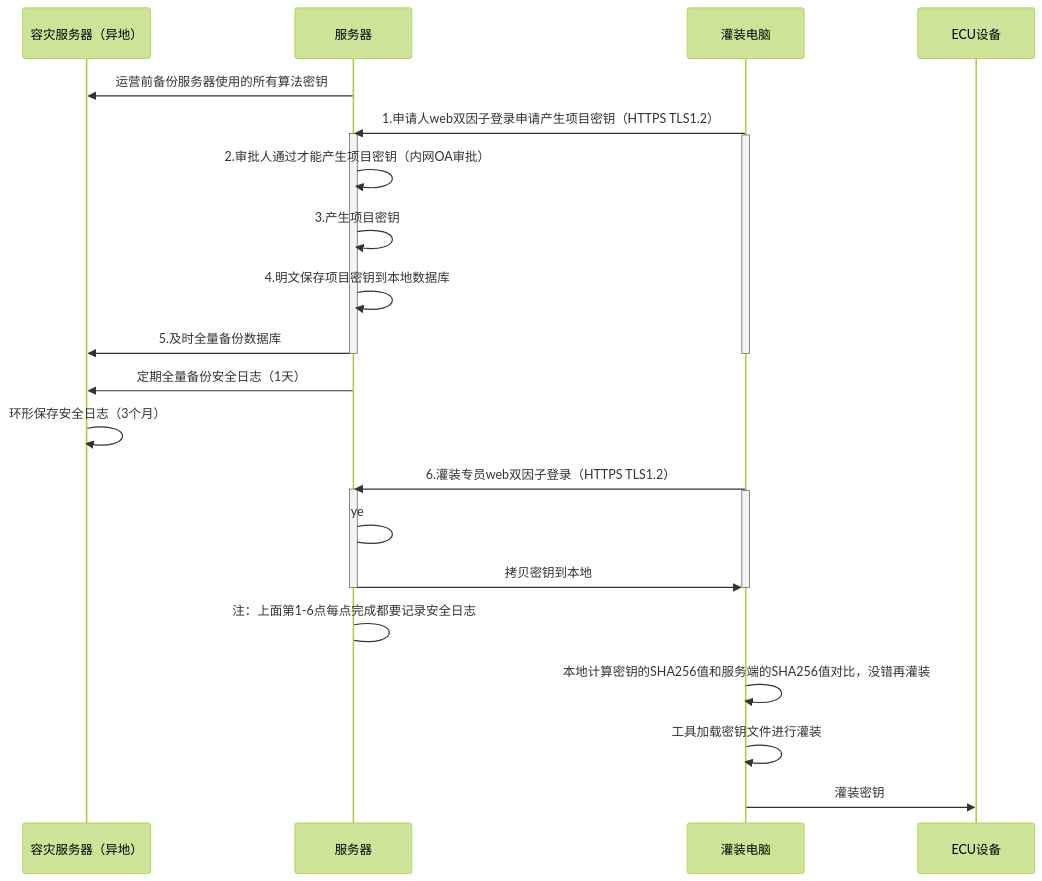
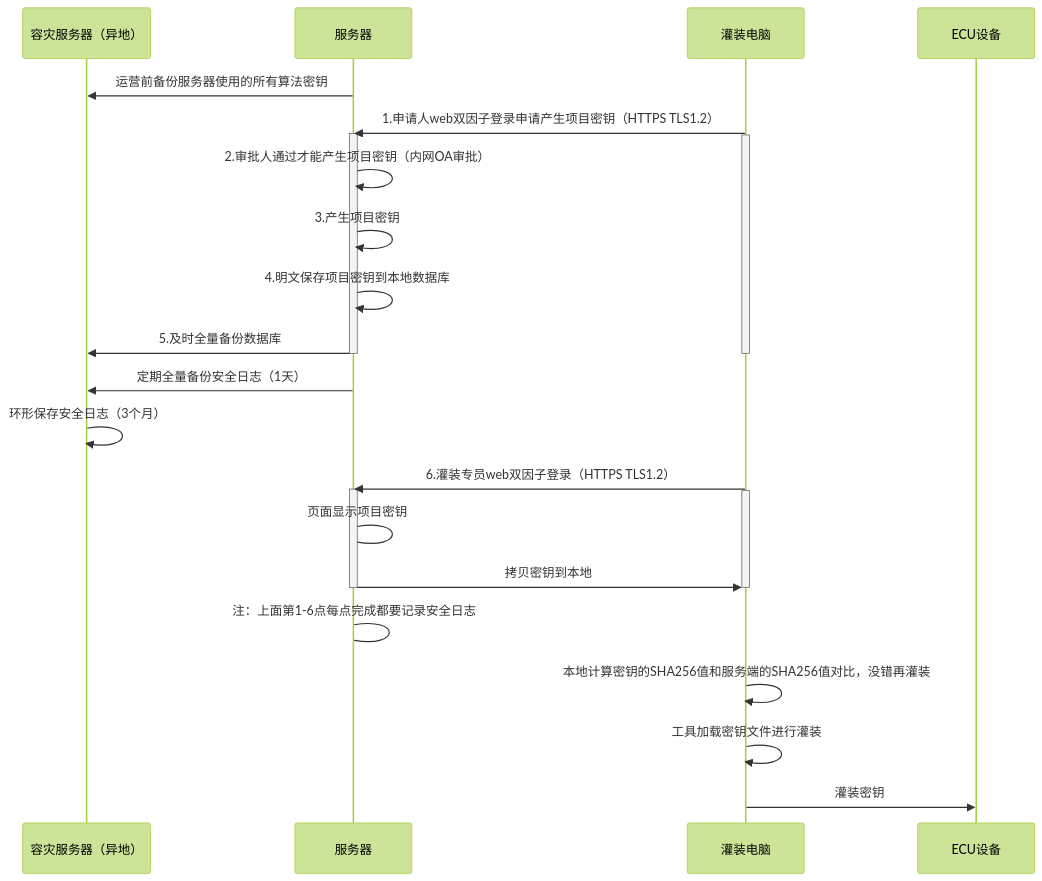
Before and after one commit to facebook-cloud/iodraw-files: the diagram in all/未命名-20.md, drawn with Mermaid (forest theme).

Commit message:
2026-03-28 09:36:58 update

````diff
--- a/all/未命名-20.md
+++ b/all/未命名-20.md
@@ -1,36 +1,36 @@
 ```mermaid
 sequenceDiagram
     participant A as 容灾服务器（异地）
     participant B as 服务器
     participant D as 灌装电脑
     participant E as ECU设备
 
     B->>A: 运营前备份服务器使用的所有算法密钥
     D->>B: 1.申请人web双因子登录申请产生项目密钥（HTTPS TLS1.2）
     activate B
     activate D
     B->>B: 2.审批人通过才能产生项目密钥（内网OA审批）
     B->>B: 3.产生项目密钥
     B->>B: 4.明文保存项目密钥到本地数据库
     B->>A: 5.及时全量备份数据库
 
     deactivate B
     deactivate D
 
     B->>A: 定期全量备份安全日志（1天）
     A->>A: 环形保存安全日志（3个月）
     
     D->>B: 6.灌装专员web双因子登录（HTTPS TLS1.2）
     activate B
     activate D
-    B->B: ye
+    B->B: 页面显示项目密钥
     B->>D: 拷贝密钥到本地
     deactivate B
     deactivate D
     B->B: 注：上面第1-6点每点完成都要记录安全日志
 
     D->>D:本地计算密钥的SHA256值和服务端的SHA256值对比，没错再灌装
     D->>D:工具加载密钥文件进行灌装
     
     D->>E: 灌装密钥
 ```
````
